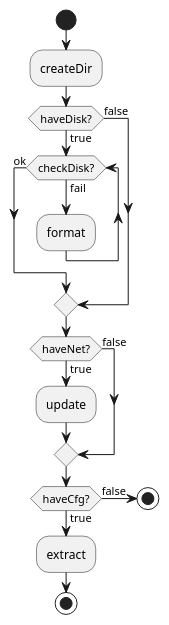
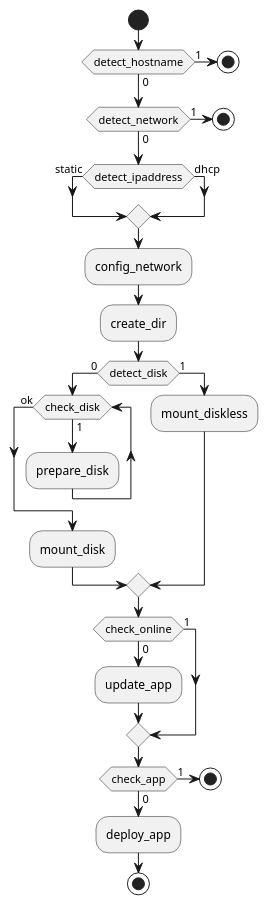
The diagram in tce-estacion/doc/activity.puml (juaningan/metro-parsec), drawn with PlantUML before and after one commit. The commit also changed 21 other files, not shown here.

```diff
--- a/tce-estacion/doc/activity.puml
+++ b/tce-estacion/doc/activity.puml
@@ -1,23 +1,37 @@
 @startuml
 start
-:createDir;
-if (haveDisk?) then (true)
-  while (checkDisk?) is (fail)
-    :format;
+if (detect_hostname) then (0)
+else (1)
+  stop
+endif
+if (detect_network) then (0)
+else (1)
+  stop
+endif
+if (detect_ipaddress) then (static)
+else (dhcp)
+endif
+:config_network;
+:create_dir;
+if (detect_disk) then (0)
+  while (check_disk) is (1)
+    :prepare_disk;
   endwhile (ok)
-else (false)
+    :mount_disk;
+else (1)
+  :mount_diskless;
 endif
 
-if (haveNet?) then (true)
-  :update;
-else (false)
+if (check_online) then (0)
+  :update_app;
+else (1)
 endif
 
-if (haveCfg?) then (true)
-  :extract;
-else (false)
+if (check_app) then (0)
+  :deploy_app;
+else (1)
   stop
 endif
 
 stop
 @enduml
```
